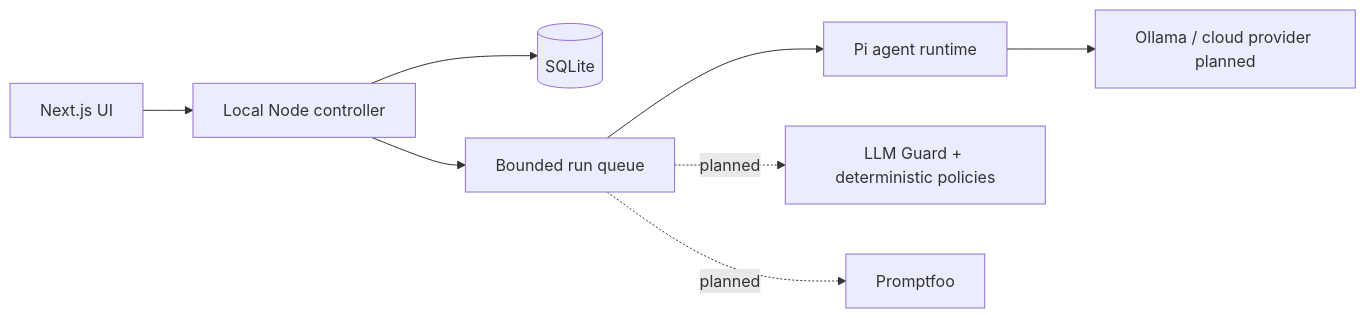
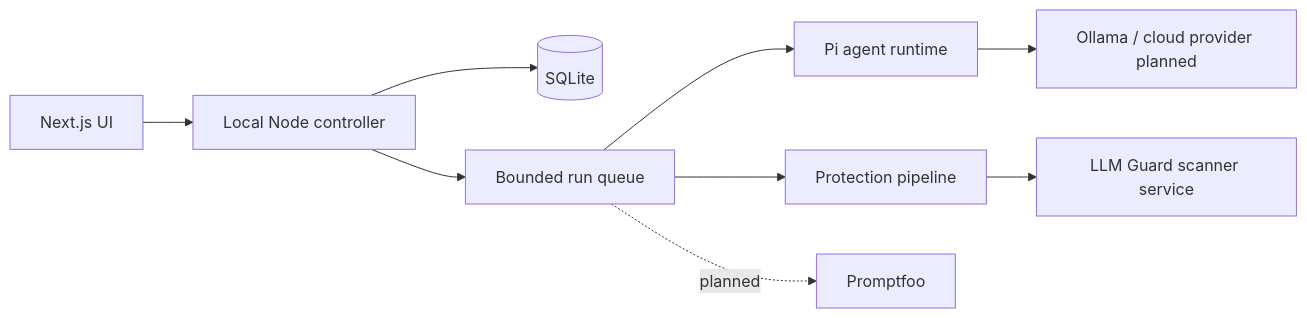
The diagram in docs/ARCHITECTURE.md (0205prakriti/agentgate-studio), drawn with Mermaid before and after one commit. The commit also changed other lines of this file and 30 other files, not shown here.

Commit message:
feat: enforce guardrails with LLM Guard scanner, deterministic rules, and quarantine

````diff
--- a/docs/ARCHITECTURE.md
+++ b/docs/ARCHITECTURE.md
@@ -3,10 +3,11 @@
 ```mermaid
 flowchart LR
   UI[Next.js UI] --> Controller[Local Node controller]
   Controller --> SQLite[(SQLite)]
   Controller --> Runner[Bounded run queue]
   Runner --> Pi[Pi agent runtime]
   Pi --> Models[Ollama / cloud provider planned]
-  Runner -. planned .-> Security[LLM Guard + deterministic policies]
+  Runner --> Security[Protection pipeline]
+  Security --> Scanner[LLM Guard scanner service]
   Runner -. planned .-> Eval[Promptfoo]
 ```
````
